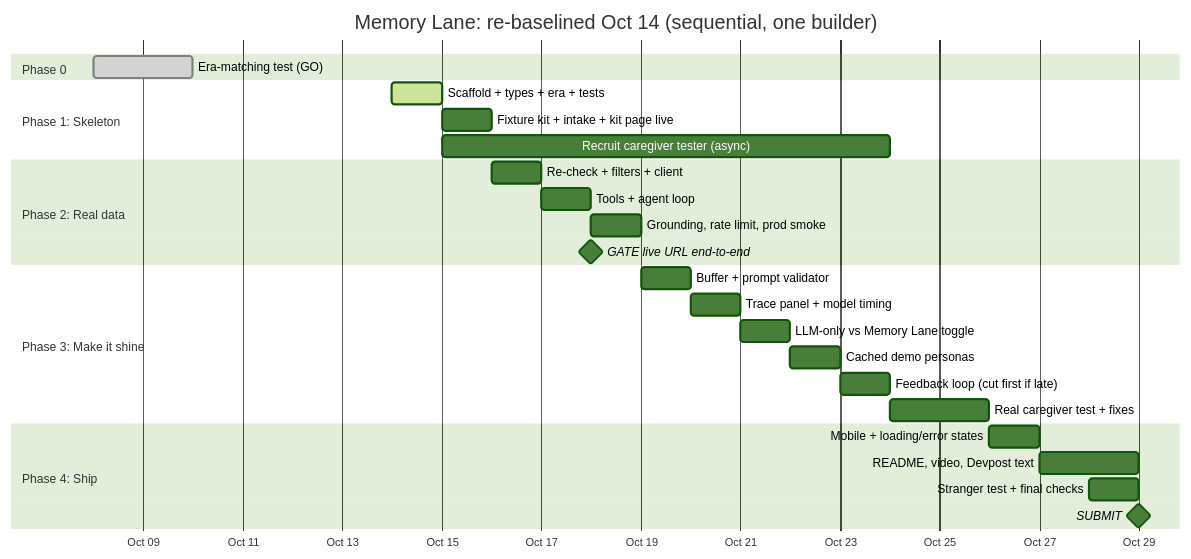
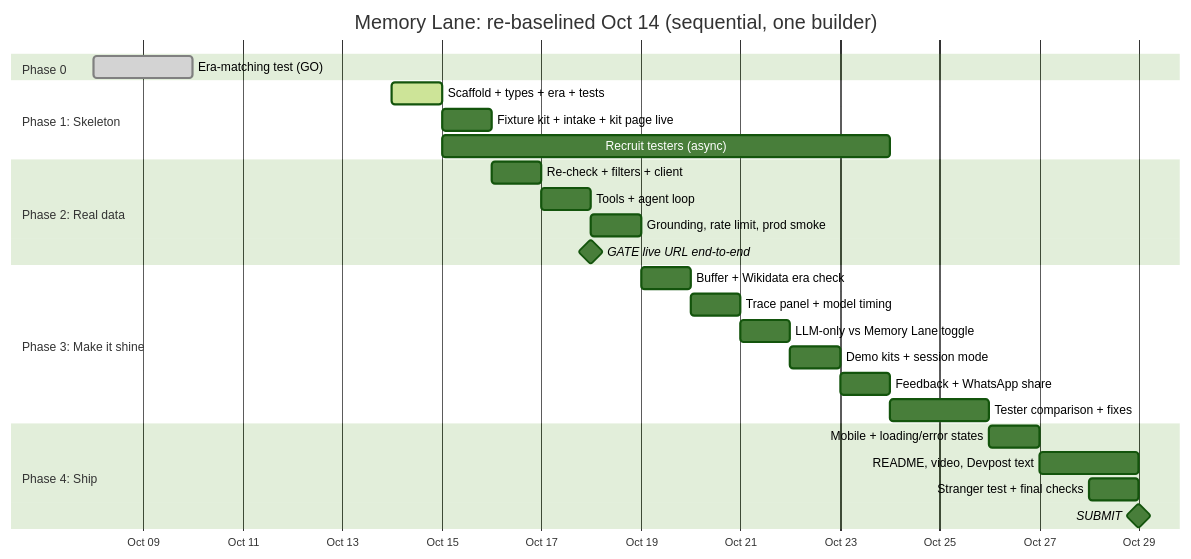
Before and after one commit to PrathibhaDevkar/memory-lane: the sixth of 8 diagrams in docs/implementation-plan.md, drawn with Mermaid (forest theme). The commit also changed other lines of this file and 3 other files, not shown here.

````diff
--- a/docs/implementation-plan.md
+++ b/docs/implementation-plan.md
@@ -307,34 +307,34 @@
 ```mermaid
 gantt
     title Memory Lane: re-baselined Oct 14 (sequential, one builder)
     dateFormat  YYYY-MM-DD
     axisFormat  %b %d
 
     section Phase 0
     Era-matching test (GO)               :done,    p0, 2026-10-08, 2d
 
     section Phase 1: Skeleton
     Scaffold + types + era + tests       :active,  p1a, 2026-10-14, 1d
     Fixture kit + intake + kit page live :         p1b, 2026-10-15, 1d
-    Recruit caregiver tester (async)     :         p1c, 2026-10-15, 9d
+    Recruit testers (async)              :         p1c, 2026-10-15, 9d
 
     section Phase 2: Real data
     Re-check + filters + client          :         p2a, 2026-10-16, 1d
     Tools + agent loop                   :         p2b, 2026-10-17, 1d
     Grounding, rate limit, prod smoke    :         p2c, 2026-10-18, 1d
     GATE live URL end-to-end             :milestone, g2, 2026-10-18, 0d
 
     section Phase 3: Make it shine
-    Buffer + prompt validator            :         p3a, 2026-10-19, 1d
+    Buffer + Wikidata era check          :         p3a, 2026-10-19, 1d
     Trace panel + model timing           :         p3b, 2026-10-20, 1d
     LLM-only vs Memory Lane toggle       :         p3f, 2026-10-21, 1d
-    Cached demo personas                 :         p3c, 2026-10-22, 1d
-    Feedback loop (cut first if late)    :         p3d, 2026-10-23, 1d
-    Real caregiver test + fixes          :         p3e, 2026-10-24, 2d
+    Demo kits + session mode             :         p3c, 2026-10-22, 1d
+    Feedback + WhatsApp share            :         p3d, 2026-10-23, 1d
+    Tester comparison + fixes            :         p3e, 2026-10-24, 2d
 
     section Phase 4: Ship
     Mobile + loading/error states        :         p4a, 2026-10-26, 1d
     README, video, Devpost text          :         p4b, 2026-10-27, 2d
     Stranger test + final checks         :         p4c, 2026-10-28, 1d
     SUBMIT                               :milestone, sub, 2026-10-29, 0d
 ```
````
